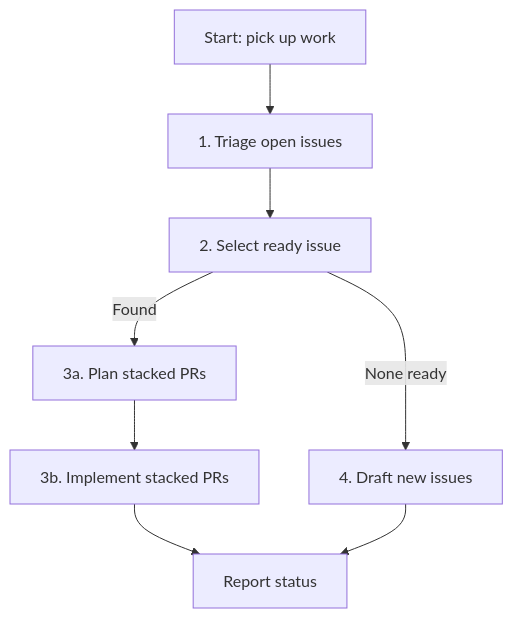
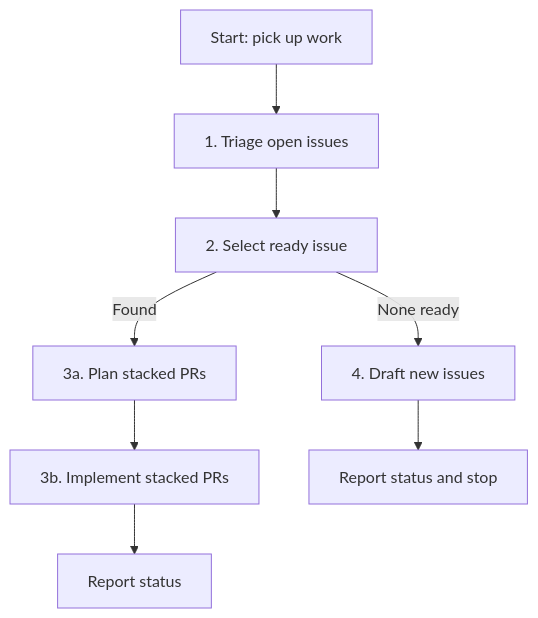
The diagram in .cursor/skills/pick-up-work-item/SKILL.md (toadslop/rtl88x2bu-linux-driver), drawn with Mermaid before and after one commit. The commit also changed other lines of this file and 1 other file, not shown here.

First line of the commit message:
docs(skills): stop pick-up workflow after drafting new issues

````diff
--- a/.cursor/skills/pick-up-work-item/SKILL.md
+++ b/.cursor/skills/pick-up-work-item/SKILL.md
@@ -41,10 +42,10 @@
 ```mermaid
 flowchart TD
   A[Start: pick up work] --> B[1. Triage open issues]
   B --> C[2. Select ready issue]
   C -->|Found| D[3a. Plan stacked PRs]
   D --> E[3b. Implement stacked PRs]
   C -->|None ready| F[4. Draft new issues]
   E --> G[Report status]
-  F --> G
+  F --> H[Report status and stop]
 ```
````
